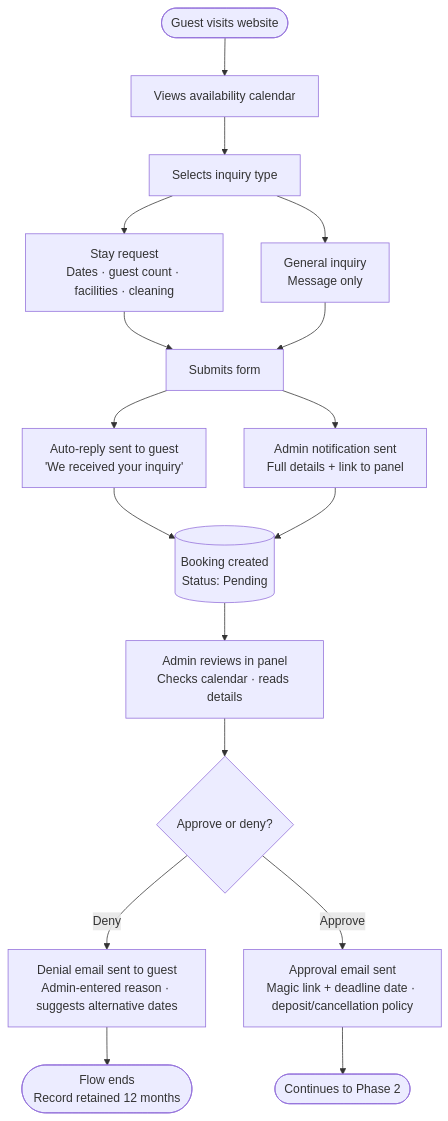
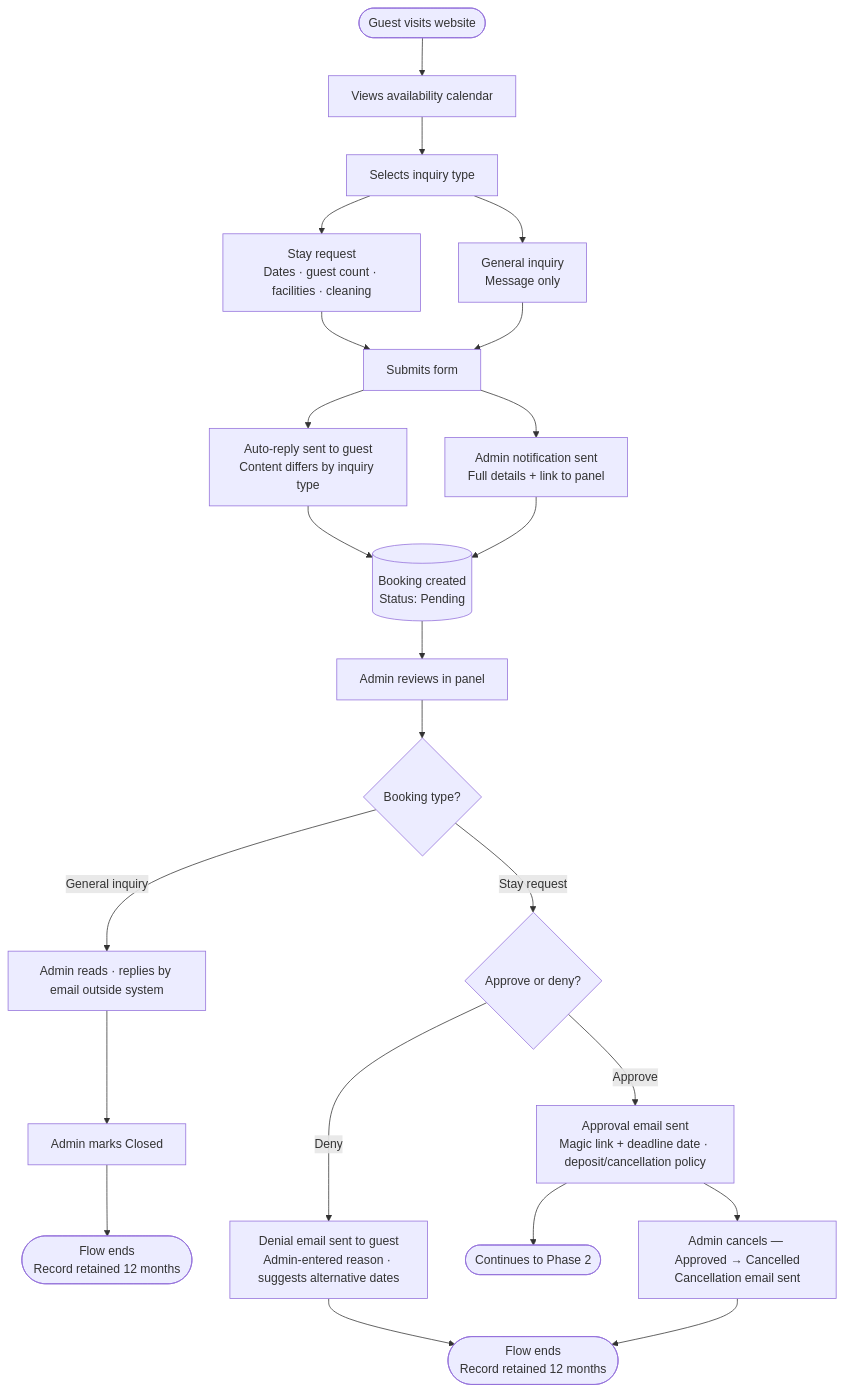
The first of 3 diagrams in REQUIREMENTS/requirements.md (eliya-amanoeel/akerogarden), drawn with Mermaid before and after one commit. The commit also changed other lines of this file and 2 other files, not shown here.

Commit message:
Architectural review

````diff
--- a/REQUIREMENTS/requirements.md
+++ b/REQUIREMENTS/requirements.md
@@ -125,19 +197,25 @@
 ```mermaid
 flowchart TD
     A([Guest visits website]) --> B[Views availability calendar]
     B --> C[Selects inquiry type]
     C --> C1[Stay request\nDates · guest count · facilities · cleaning]
     C --> C2[General inquiry\nMessage only]
     C1 --> D[Submits form]
     C2 --> D
-    D --> E[Auto-reply sent to guest\n'We received your inquiry']
+    D --> E[Auto-reply sent to guest\nContent differs by inquiry type]
     D --> F[Admin notification sent\nFull details + link to panel]
     E --> G[(Booking created\nStatus: Pending)]
     F --> G
-    G --> H[Admin reviews in panel\nChecks calendar · reads details]
-    H --> I{Approve or deny?}
-    I -->|Deny| J[Denial email sent to guest\nAdmin-entered reason · suggests alternative dates]
-    I -->|Approve| K[Approval email sent\nMagic link + deadline date · deposit/cancellation policy]
-    J --> L([Flow ends\nRecord retained 12 months])
-    K --> M([Continues to Phase 2])
+    G --> H[Admin reviews in panel]
+    H --> I{Booking type?}
+    I -->|General inquiry| GI[Admin reads · replies by email outside system]
+    GI --> GI2[Admin marks Closed]
+    GI2 --> GI3([Flow ends\nRecord retained 12 months])
+    I -->|Stay request| J{Approve or deny?}
+    J -->|Deny| JD[Denial email sent to guest\nAdmin-entered reason · suggests alternative dates]
+    J -->|Approve| JA[Approval email sent\nMagic link + deadline date · deposit/cancellation policy]
+    JD --> L([Flow ends\nRecord retained 12 months])
+    JA --> M([Continues to Phase 2])
+    JA --> N[Admin cancels — Approved → Cancelled\nCancellation email sent]
+    N --> L
 ```
````
